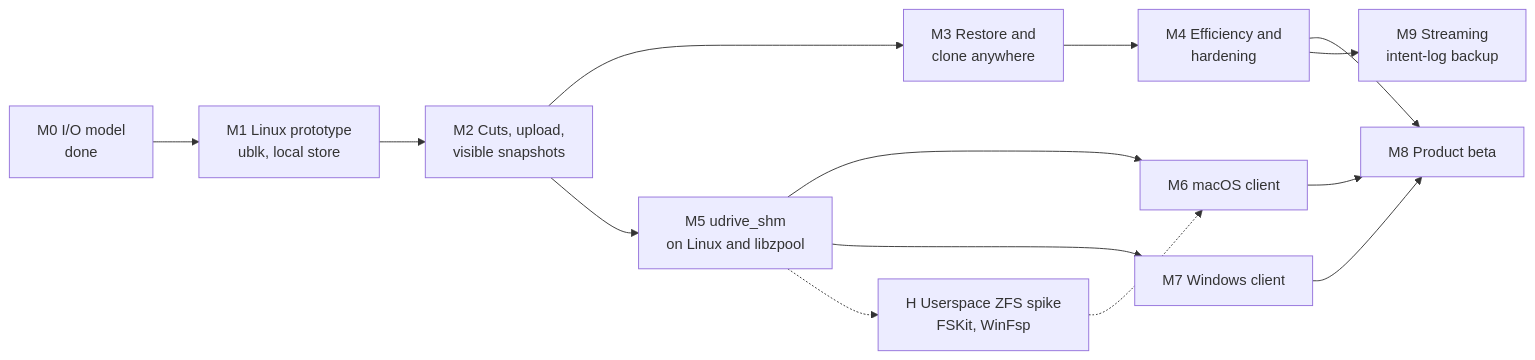
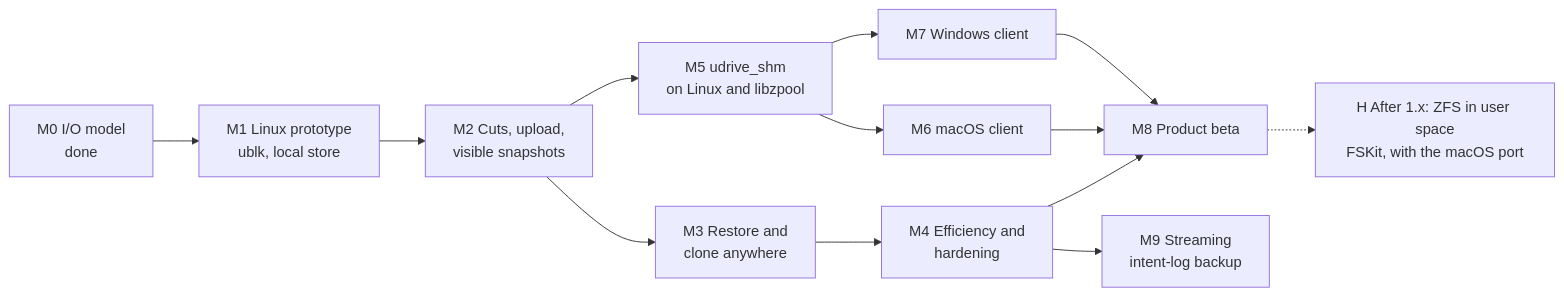
One commit to skyzfs/skyzfs changed the fifth of 5 diagrams in docs/skyzfs-design.md. Above: the diagram before and after it, drawn with Mermaid. The commit also changed other lines of this file, not shown here.

First line of the commit message:
design: decision D4, a kernel extension for macOS 1.x; licensing condition

````diff
--- a/docs/skyzfs-design.md
+++ b/docs/skyzfs-design.md
@@ -414,16 +415,15 @@
 ```mermaid
 flowchart LR
   M0["M0 I/O model<br/>done"] --> M1["M1 Linux prototype<br/>ublk, local store"]
   M1 --> M2["M2 Cuts, upload,<br/>visible snapshots"]
   M2 --> M3["M3 Restore and<br/>clone anywhere"]
   M3 --> M4["M4 Efficiency and<br/>hardening"]
   M2 --> M5["M5 udrive_shm<br/>on Linux and libzpool"]
   M5 --> M6["M6 macOS client"]
   M5 --> M7["M7 Windows client"]
   M4 --> M8["M8 Product beta"]
   M4 --> M9["M9 Streaming<br/>intent-log backup"]
   M6 --> M8
   M7 --> M8
-  M5 -.-> H["H Userspace ZFS spike<br/>FSKit, WinFsp"]
-  H -.-> M6
+  M8 -.-> H["H After 1.x: ZFS in user space<br/>FSKit, with the macOS port"]
 ```
````
